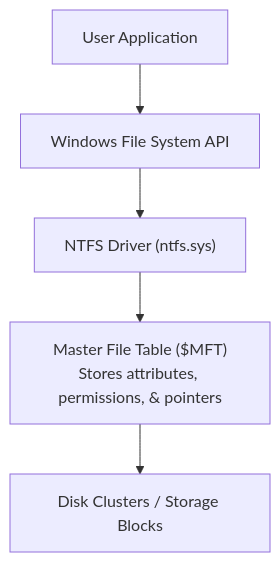
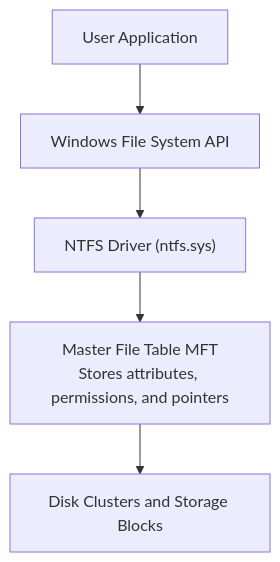
The fourth of 10 diagrams in Windows/Fundamentals/Chapter 03 — Windows File System & File Explorer.md (Kashif-Mashi/Blue-Team-Handbook), drawn with Mermaid before and after one commit. The commit also changed other lines of this file and 1 other file, not shown here.

````diff
--- a/Windows/Fundamentals/Chapter 03 — Windows File System & File Explorer.md
+++ b/Windows/Fundamentals/Chapter 03 — Windows File System & File Explorer.md
@@ -244,7 +244,7 @@
 ```mermaid
 flowchart TD
     UserApp["User Application"] --> API["Windows File System API"]
     API --> NTFS["NTFS Driver (ntfs.sys)"]
-    NTFS --> MFT["Master File Table ($MFT)<br/>Stores attributes, permissions, & pointers"]
-    MFT --> DataClusters["Disk Clusters / Storage Blocks"]
+    NTFS --> MFT["Master File Table MFT<br>Stores attributes, permissions, and pointers"]
+    MFT --> DataClusters["Disk Clusters and Storage Blocks"]
 ```
````
